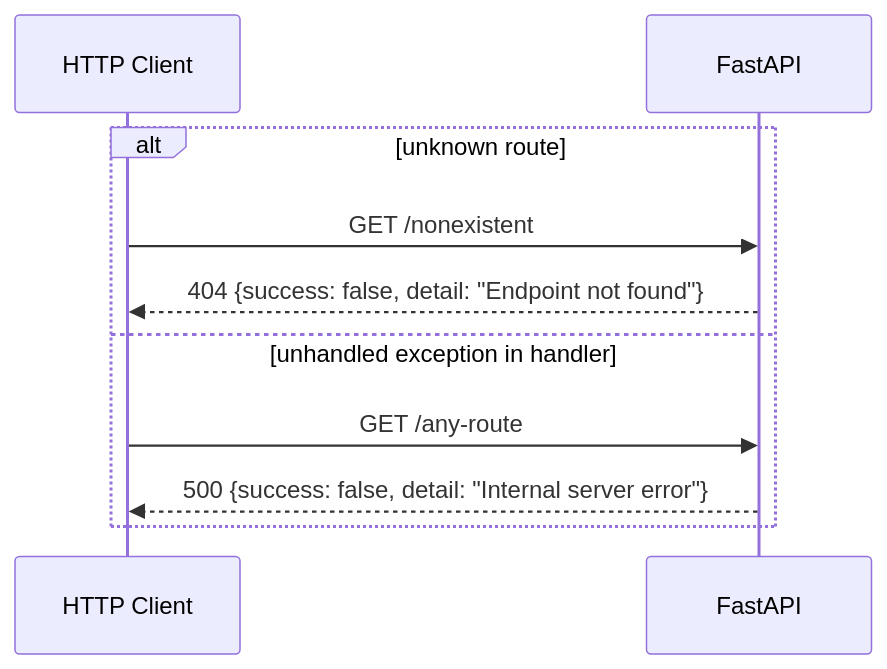
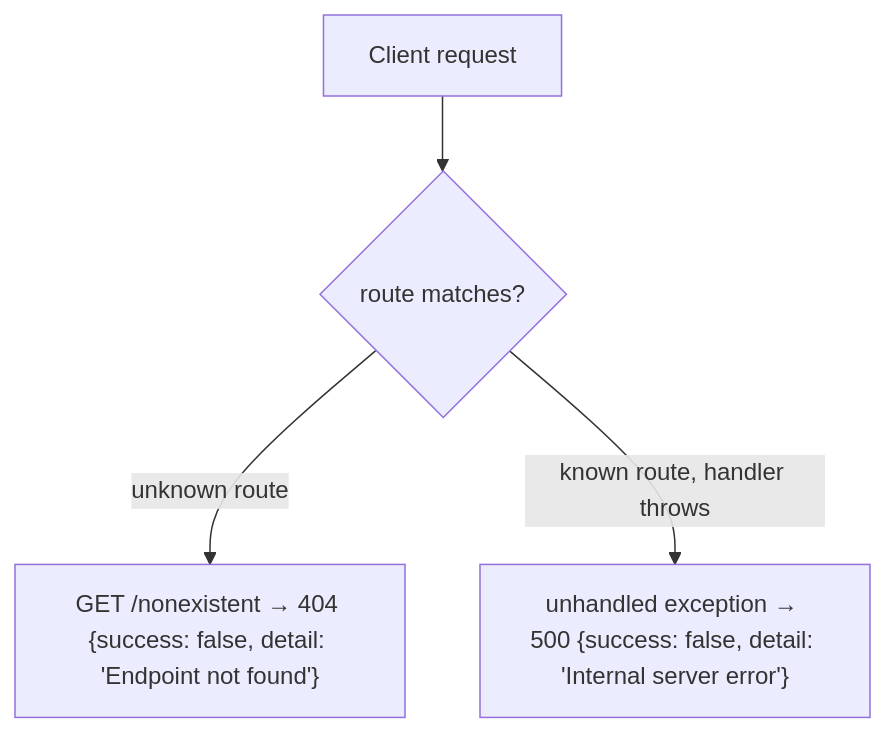
One commit to AustinDwomoh/libra changed the sixth of 6 diagrams in docs/diagrams/main_api_seq.md. Above: the diagram before and after it, drawn with Mermaid. The commit also changed other lines of this file and 17 other files, not shown here.

First line of the commit message:
Convert Mermaid sequences to flowcharts

````diff
--- a/docs/diagrams/main_api_seq.md
+++ b/docs/diagrams/main_api_seq.md
@@ -92,14 +52,7 @@
 ```mermaid
-%% sequenceDiagram — error handlers (404 / 500)
-sequenceDiagram
-    participant Client as HTTP Client
-    participant App as FastAPI
-
-    alt unknown route
-        Client->>App: GET /nonexistent
-        App-->>Client: 404 {success: false, detail: "Endpoint not found"}
-    else unhandled exception in handler
-        Client->>App: GET /any-route
-        App-->>Client: 500 {success: false, detail: "Internal server error"}
-    end
+%% flowchart — error handlers (404 / 500)
+flowchart TD
+    A[Client request] --> B{route matches?}
+    B -->|unknown route| C["GET /nonexistent → 404 {success: false, detail: 'Endpoint not found'}"]
+    B -->|known route, handler throws| D["unhandled exception → 500 {success: false, detail: 'Internal server error'}"]
 ```
````
